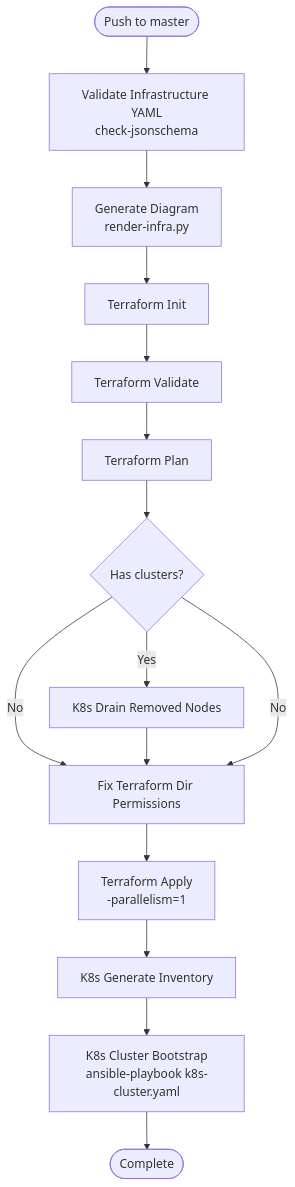
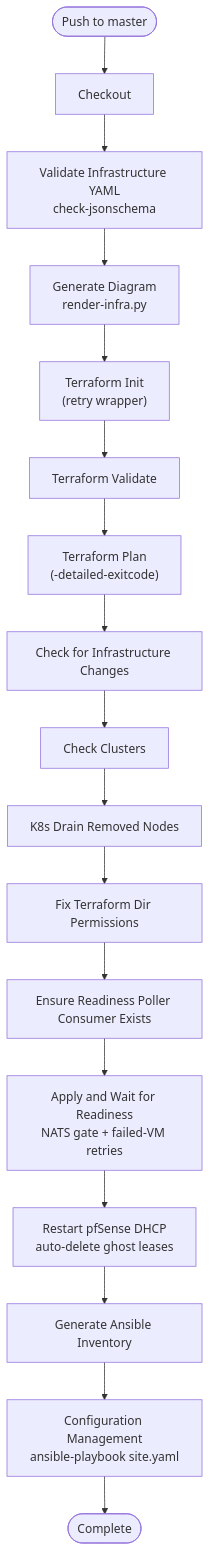
The third of 4 diagrams in docs/ARCHITECTURE.md (warelock2/infraops), drawn with Mermaid before and after one commit. The commit also changed other lines of this file and 7 other files, not shown here.

````diff
--- a/docs/ARCHITECTURE.md
+++ b/docs/ARCHITECTURE.md
@@ -152,20 +148,19 @@
 ```mermaid
 flowchart TD
-    START([Push to master]) --> VALIDATE["Validate Infrastructure YAML<br/>check-jsonschema"]
+    START([Push to master]) --> CHECKOUT["Checkout"]
+    CHECKOUT --> VALIDATE["Validate Infrastructure YAML<br/>check-jsonschema"]
     VALIDATE --> DIAGRAM["Generate Diagram<br/>render-infra.py"]
-    DIAGRAM --> TF_INIT["Terraform Init"]
+    DIAGRAM --> TF_INIT["Terraform Init<br/>(retry wrapper)"]
     TF_INIT --> TF_VALIDATE["Terraform Validate"]
-    TF_VALIDATE --> TF_PLAN["Terraform Plan"]
-    TF_PLAN --> CHECK{"Has clusters?"}
-
-    CHECK -->|Yes| DRAIN["K8s Drain Removed Nodes"]
-    CHECK -->|No| FIX_PERMS
-
+    TF_VALIDATE --> TF_PLAN["Terraform Plan<br/>(-detailed-exitcode)"]
+    TF_PLAN --> CHANGES["Check for Infrastructure Changes"]
+    CHANGES --> CLUSTERS["Check Clusters"]
+    CLUSTERS --> DRAIN["K8s Drain Removed Nodes"]
     DRAIN --> FIX_PERMS["Fix Terraform Dir Permissions"]
-    FIX_PERMS --> TF_APPLY["Terraform Apply<br/>-parallelism=1"]
-    TF_APPLY --> GEN_INV["K8s Generate Inventory"]
-    GEN_INV --> BOOTSTRAP["K8s Cluster Bootstrap<br/>ansible-playbook k8s-cluster.yaml"]
-    BOOTSTRAP --> DONE([Complete])
-
-    CHECK -->|No| FIX_PERMS
+    FIX_PERMS --> CONSUMER["Ensure Readiness Poller Consumer Exists"]
+    CONSUMER --> APPLY["Apply and Wait for Readiness<br/>NATS gate + failed-VM retries"]
+    APPLY --> DHCP["Restart pfSense DHCP<br/>auto-delete ghost leases"]
+    DHCP --> GEN_INV["Generate Ansible Inventory"]
+    GEN_INV --> CONFIG_MGMT["Configuration Management<br/>ansible-playbook site.yaml"]
+    CONFIG_MGMT --> DONE([Complete])
 ```
````
